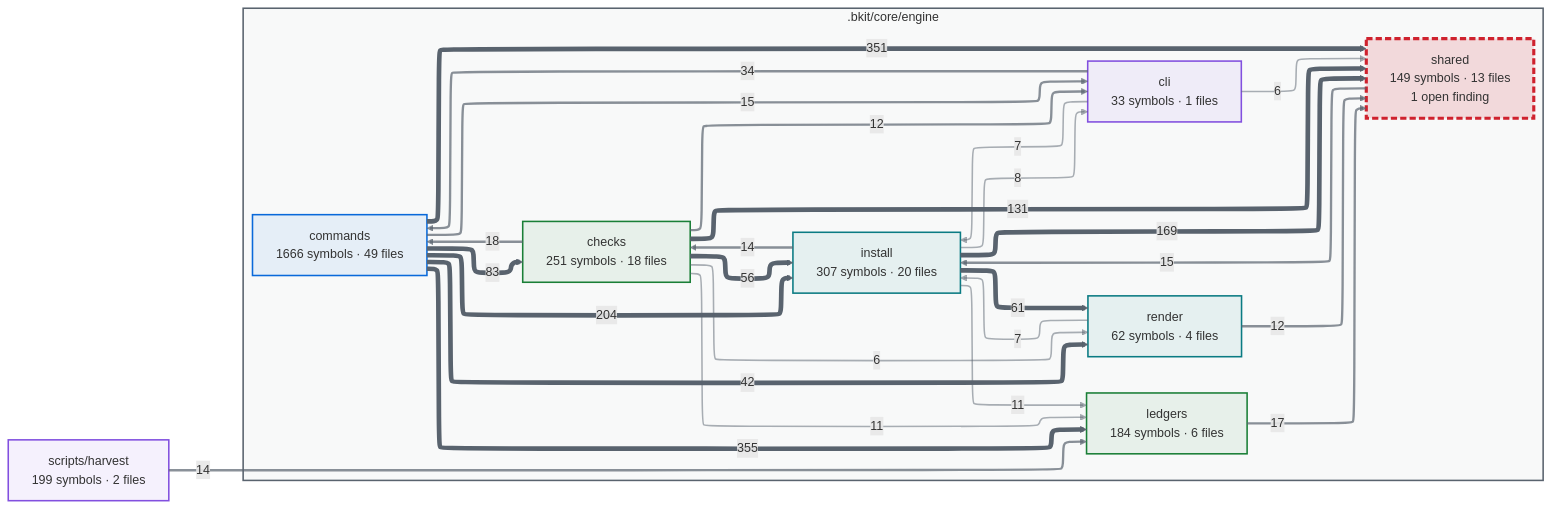
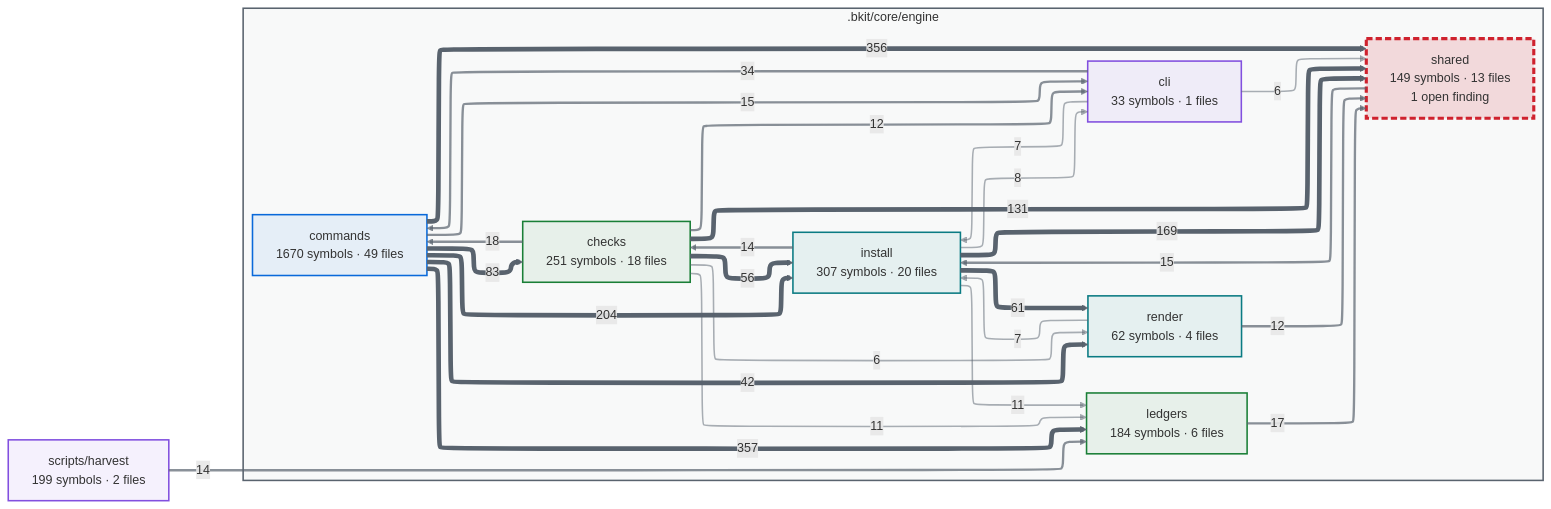
Before and after one commit to cbartens/bkit: the first of 2 diagrams in docs/capabilities.md, drawn with Mermaid. The commit also changed other lines of this file and 1 other file, not shown here.

````diff
--- a/docs/capabilities.md
+++ b/docs/capabilities.md
@@ -154,80 +154,80 @@
 ```mermaid
 ---
 config:
   layout: elk
   themeCSS: "marker { overflow: visible; } marker path { transform: scale(1.8); transform-origin: 5px 5px; }"
   flowchart:
     useMaxWidth: false
 ---
 flowchart LR
-  %% Generated by bkit-graphify-rollup.py from 9eab490e1f40d0e6d57692559217e2f0d2563c09 — do not edit
+  %% Generated by bkit-graphify-rollup.py from c746a6a4928113738811749fc474891d0e59c4de — do not edit
   subgraph gn_bkit_core_engine[".bkit/core/engine"]
     n_bkit_core_engine_checks["checks<br/>251 symbols · 18 files"]
     n_bkit_core_engine_cli["cli<br/>33 symbols · 1 files"]
-    n_bkit_core_engine_commands["commands<br/>1666 symbols · 49 files"]
+    n_bkit_core_engine_commands["commands<br/>1670 symbols · 49 files"]
     n_bkit_core_engine_install["install<br/>307 symbols · 20 files"]
     n_bkit_core_engine_ledgers["ledgers<br/>184 symbols · 6 files"]
     n_bkit_core_engine_render["render<br/>62 symbols · 4 files"]
     n_bkit_core_engine_shared["shared<br/>149 symbols · 13 files<br/>1 open finding"]
   end
   nscripts_harvest["scripts/harvest<br/>199 symbols · 2 files"]
-  n_bkit_core_engine_commands -->|355| n_bkit_core_engine_ledgers
-  n_bkit_core_engine_commands -->|351| n_bkit_core_engine_shared
+  n_bkit_core_engine_commands -->|357| n_bkit_core_engine_ledgers
+  n_bkit_core_engine_commands -->|356| n_bkit_core_engine_shared
   n_bkit_core_engine_commands -->|204| n_bkit_core_engine_install
   n_bkit_core_engine_install -->|169| n_bkit_core_engine_shared
   n_bkit_core_engine_checks -->|131| n_bkit_core_engine_shared
   n_bkit_core_engine_commands -->|83| n_bkit_core_engine_checks
   n_bkit_core_engine_install -->|61| n_bkit_core_engine_render
   n_bkit_core_engine_checks -->|56| n_bkit_core_engine_install
   n_bkit_core_engine_commands -->|42| n_bkit_core_engine_render
   n_bkit_core_engine_cli -->|34| n_bkit_core_engine_commands
   n_bkit_core_engine_checks -->|18| n_bkit_core_engine_commands
   n_bkit_core_engine_ledgers -->|17| n_bkit_core_engine_shared
   n_bkit_core_engine_shared -->|15| n_bkit_core_engine_install
   n_bkit_core_engine_commands -->|15| n_bkit_core_engine_cli
   n_bkit_core_engine_install -->|14| n_bkit_core_engine_checks
   nscripts_harvest -->|14| n_bkit_core_engine_ledgers
   n_bkit_core_engine_checks -->|12| n_bkit_core_engine_cli
   n_bkit_core_engine_render -->|12| n_bkit_core_engine_shared
   n_bkit_core_engine_checks -->|11| n_bkit_core_engine_ledgers
   n_bkit_core_engine_install -->|11| n_bkit_core_engine_ledgers
   n_bkit_core_engine_install -->|8| n_bkit_core_engine_cli
   n_bkit_core_engine_cli -->|7| n_bkit_core_engine_install
   n_bkit_core_engine_render -->|7| n_bkit_core_engine_install
   n_bkit_core_engine_checks -->|6| n_bkit_core_engine_render
   n_bkit_core_engine_cli -->|6| n_bkit_core_engine_shared
   style gn_bkit_core_engine fill:#59636e0a,stroke:#59636e,stroke-width:2px
   style n_bkit_core_engine_checks stroke:#1a7f37,stroke-width:2px,fill:#1a7f3714
   style n_bkit_core_engine_cli stroke:#8250df,stroke-width:2px,fill:#8250df14
   style n_bkit_core_engine_commands stroke:#0969da,stroke-width:2px,fill:#0969da14
   style n_bkit_core_engine_install stroke:#0a7b83,stroke-width:2px,fill:#0a7b8314
   style n_bkit_core_engine_ledgers stroke:#1a7f37,stroke-width:2px,fill:#1a7f3714
   style n_bkit_core_engine_render stroke:#0a7b83,stroke-width:2px,fill:#0a7b8314
   style n_bkit_core_engine_shared stroke:#cf222e,stroke-width:4px,stroke-dasharray:8 4,fill:#cf222e26
   style nscripts_harvest stroke:#8250df,stroke-width:2px,fill:#8250df14
   linkStyle 0 stroke:#59636e,stroke-width:6px
   linkStyle 1 stroke:#59636e,stroke-width:6px
   linkStyle 2 stroke:#59636e,stroke-width:6px
   linkStyle 3 stroke:#59636e,stroke-width:6px
   linkStyle 4 stroke:#59636e,stroke-width:6px
   linkStyle 5 stroke:#59636e,stroke-width:6px
   linkStyle 6 stroke:#59636e,stroke-width:6px
   linkStyle 7 stroke:#59636e,stroke-width:6px
   linkStyle 8 stroke:#59636e,stroke-width:6px
   linkStyle 9 stroke:#59636eb3,stroke-width:3px
   linkStyle 10 stroke:#59636eb3,stroke-width:3px
   linkStyle 11 stroke:#59636eb3,stroke-width:3px
   linkStyle 12 stroke:#59636eb3,stroke-width:3px
   linkStyle 13 stroke:#59636eb3,stroke-width:3px
   linkStyle 14 stroke:#59636eb3,stroke-width:3px
   linkStyle 15 stroke:#59636eb3,stroke-width:3px
   linkStyle 16 stroke:#59636eb3,stroke-width:3px
   linkStyle 17 stroke:#59636eb3,stroke-width:3px
   linkStyle 18 stroke:#59636e80,stroke-width:2px
   linkStyle 19 stroke:#59636e80,stroke-width:2px
   linkStyle 20 stroke:#59636e80,stroke-width:2px
   linkStyle 21 stroke:#59636e80,stroke-width:2px
   linkStyle 22 stroke:#59636e80,stroke-width:2px
   linkStyle 23 stroke:#59636e80,stroke-width:2px
   linkStyle 24 stroke:#59636e80,stroke-width:2px
 ```
````
